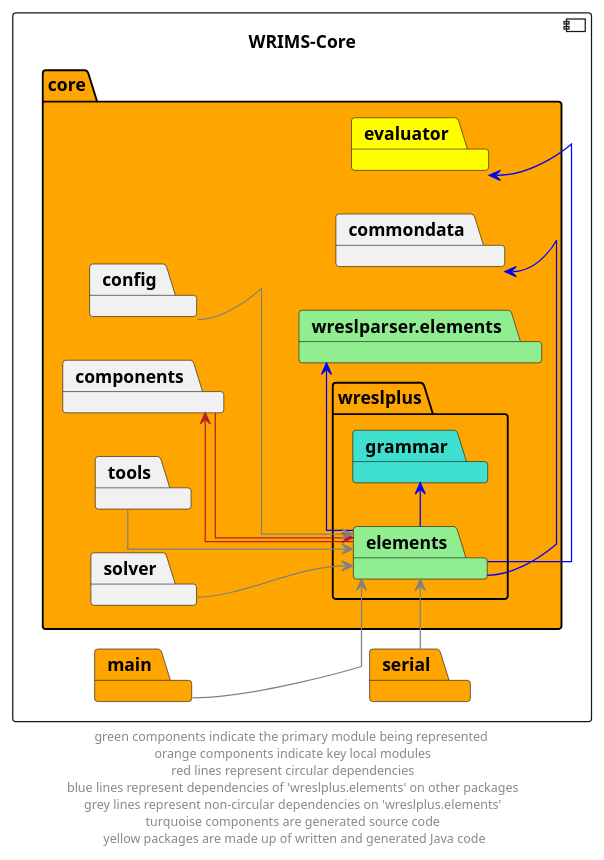
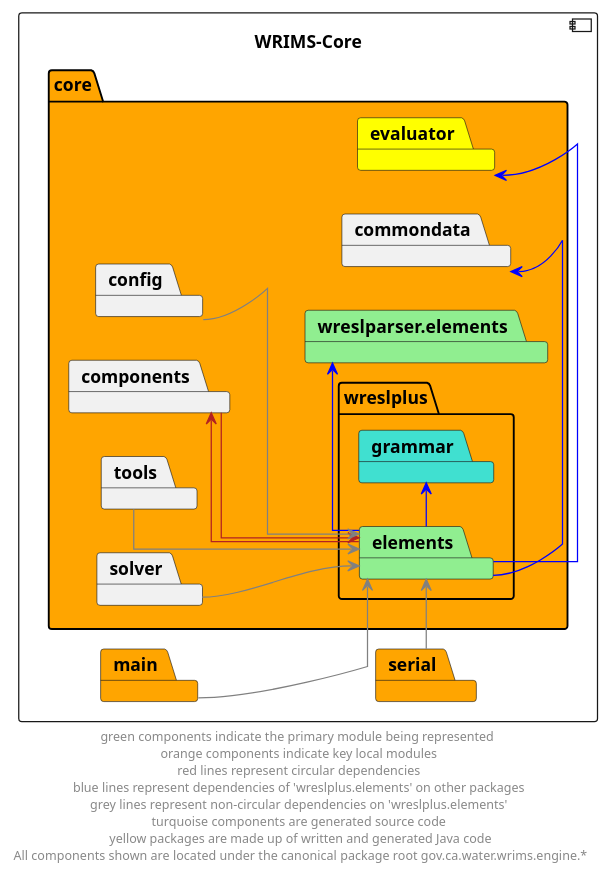
The diagram in docs/diagrams/wrims-core/wrims-core_wreslplus-elements.puml (CentralValleyModeling/wrims-engine), drawn with PlantUML before and after one commit. The commit also changed 34 other files, not shown here.

Commit message:
Added missing canonical tld path references to diagrams

```diff
--- a/docs/diagrams/wrims-core/wrims-core_wreslplus-elements.puml
+++ b/docs/diagrams/wrims-core/wrims-core_wreslplus-elements.puml
@@ -1,44 +1,44 @@
 @startuml
 left to right direction
 skinparam linetype ortho
 
 component wrims_core as "WRIMS-Core" {
         package core #orange {
         package wreslparser.elements #lightgreen
         package commondata
         package components
         package evaluator #yellow
         package wreslplus{
             package elements #lightgreen
             package grammar #turquoise
             }
         package config
         package solver
         package tools
     }
     package main #orange
     package serial #orange
 }
 
 elements -l->  components #firebrick
 components -->  elements #firebrick
 
 elements -r->  evaluator #blue
 elements -r->  commondata #blue
 elements -r->  grammar #blue
 elements -r->  wreslparser.elements #blue
 
 config -->  elements #grey
 solver -->  elements #grey
 tools -->  elements #grey
 
 main --> elements #grey
 serial -r-> elements #grey
 
 ' The following relationships are hidden and used to format the diagram. They do not represent actual dependencies.
 elements -u[hidden]-> tools
 serial -u[hidden]-> main
 components -r[hidden]-> config
 
-footer "green components indicate the primary module being represented \n orange components indicate key local modules \n red lines represent circular dependencies \n blue lines represent dependencies of 'wreslplus.elements' on other packages \n grey lines represent non-circular dependencies on 'wreslplus.elements' \n turquoise components are generated source code \n yellow packages are made up of written and generated Java code"
+footer "green components indicate the primary module being represented \n orange components indicate key local modules \n red lines represent circular dependencies \n blue lines represent dependencies of 'wreslplus.elements' on other packages \n grey lines represent non-circular dependencies on 'wreslplus.elements' \n turquoise components are generated source code \n yellow packages are made up of written and generated Java code\n All components shown are located under the canonical package root gov.ca.water.wrims.engine.*"
 @enduml
```
